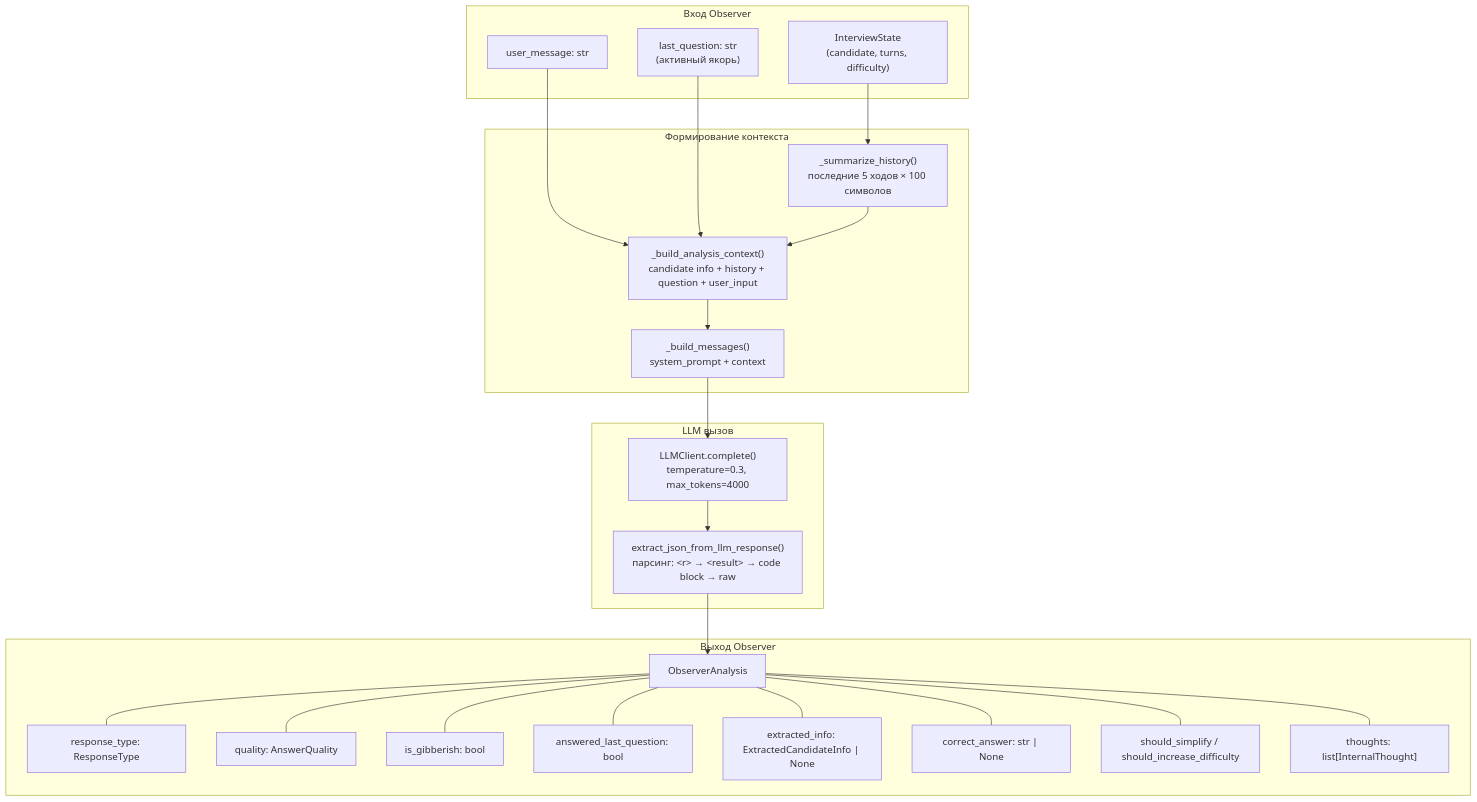
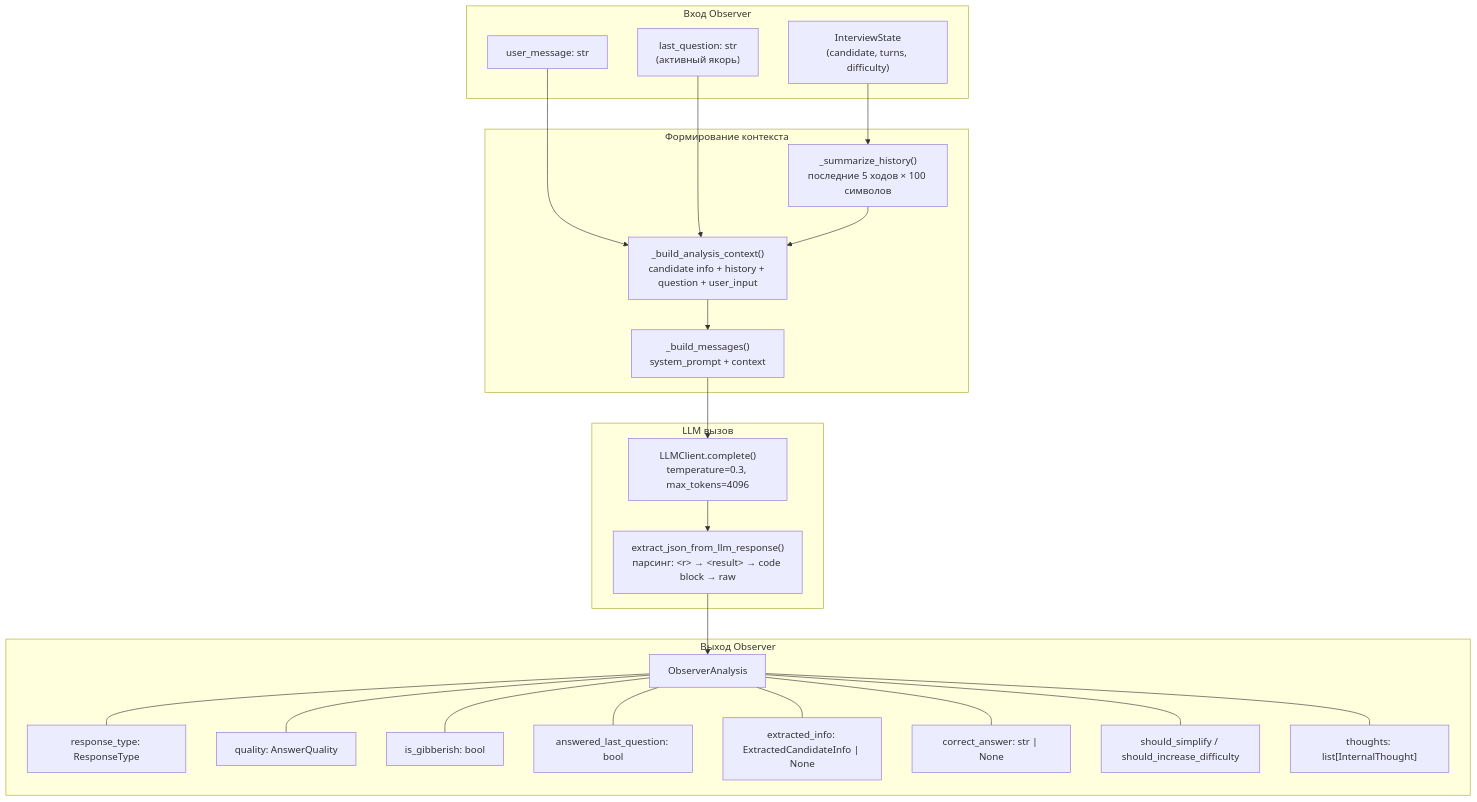
One commit to RomiconEZ/Multi-Agent-Interview-Coach changed the second of 6 diagrams in docs/diagrams/data-flow.md. Above: the diagram before and after it, drawn with Mermaid. The commit also changed other lines of this file and 1 other file, not shown here.

Commit message:
Update data flow specifications: increase max_tokens for LLM calls and enhance governance risk details

````diff
--- a/docs/diagrams/data-flow.md
+++ b/docs/diagrams/data-flow.md
@@ -71,48 +71,48 @@
 ```mermaid
 flowchart TB
     subgraph IN["Вход Observer"]
         A1["InterviewState<br/>(candidate, turns, difficulty)"]
         A2["user_message: str"]
         A3["last_question: str<br/>(активный якорь)"]
     end
 
     subgraph CTX["Формирование контекста"]
         B1["_summarize_history()<br/>последние 5 ходов × 100 символов"]
         B2["_build_analysis_context()<br/>candidate info + history + question + user_input"]
         B3["_build_messages()<br/>system_prompt + context"]
     end
 
     subgraph LLM_CALL["LLM вызов"]
-        C1["LLMClient.complete()<br/>temperature=0.3, max_tokens=4000"]
+        C1["LLMClient.complete()<br/>temperature=0.3, max_tokens=4096"]
         C2["extract_json_from_llm_response()<br/>парсинг: &lt;r&gt; → &lt;result&gt; → code block → raw"]
     end
 
     subgraph OUT["Выход Observer"]
         D1["ObserverAnalysis"]
         D2["response_type: ResponseType"]
         D3["quality: AnswerQuality"]
         D4["is_gibberish: bool"]
         D5["answered_last_question: bool"]
         D6["extracted_info: ExtractedCandidateInfo | None"]
         D7["correct_answer: str | None"]
         D8["should_simplify / should_increase_difficulty"]
         D9["thoughts: list[InternalThought]"]
     end
 
     A1 --> B1
     A2 --> B2
     A3 --> B2
     B1 --> B2
     B2 --> B3
     B3 --> C1
     C1 --> C2
     C2 --> D1
     D1 --- D2
     D1 --- D3
     D1 --- D4
     D1 --- D5
     D1 --- D6
     D1 --- D7
     D1 --- D8
     D1 --- D9
 ```
````
